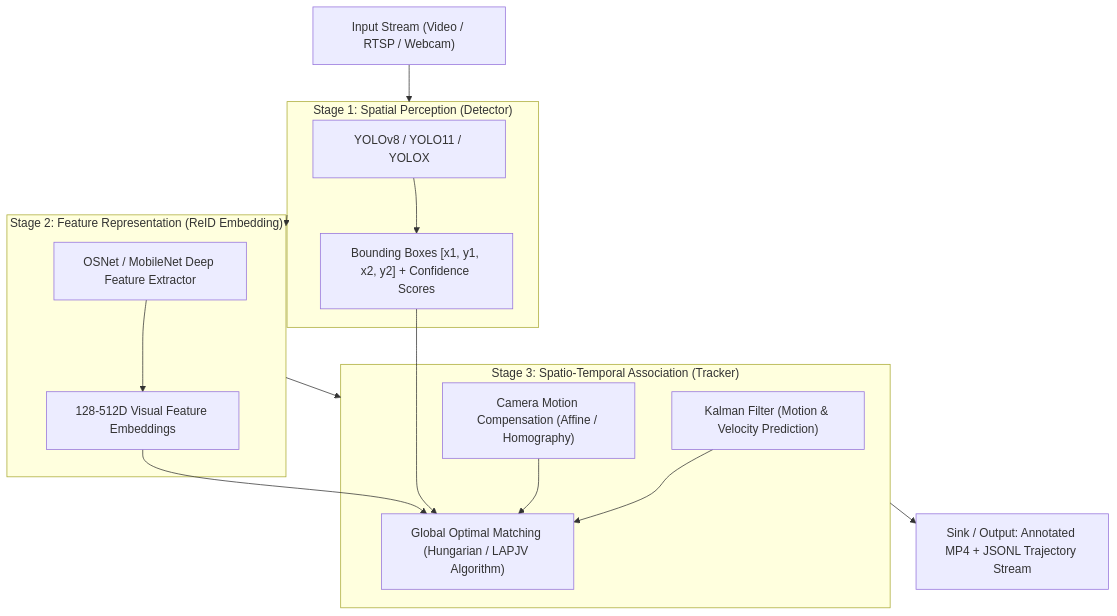
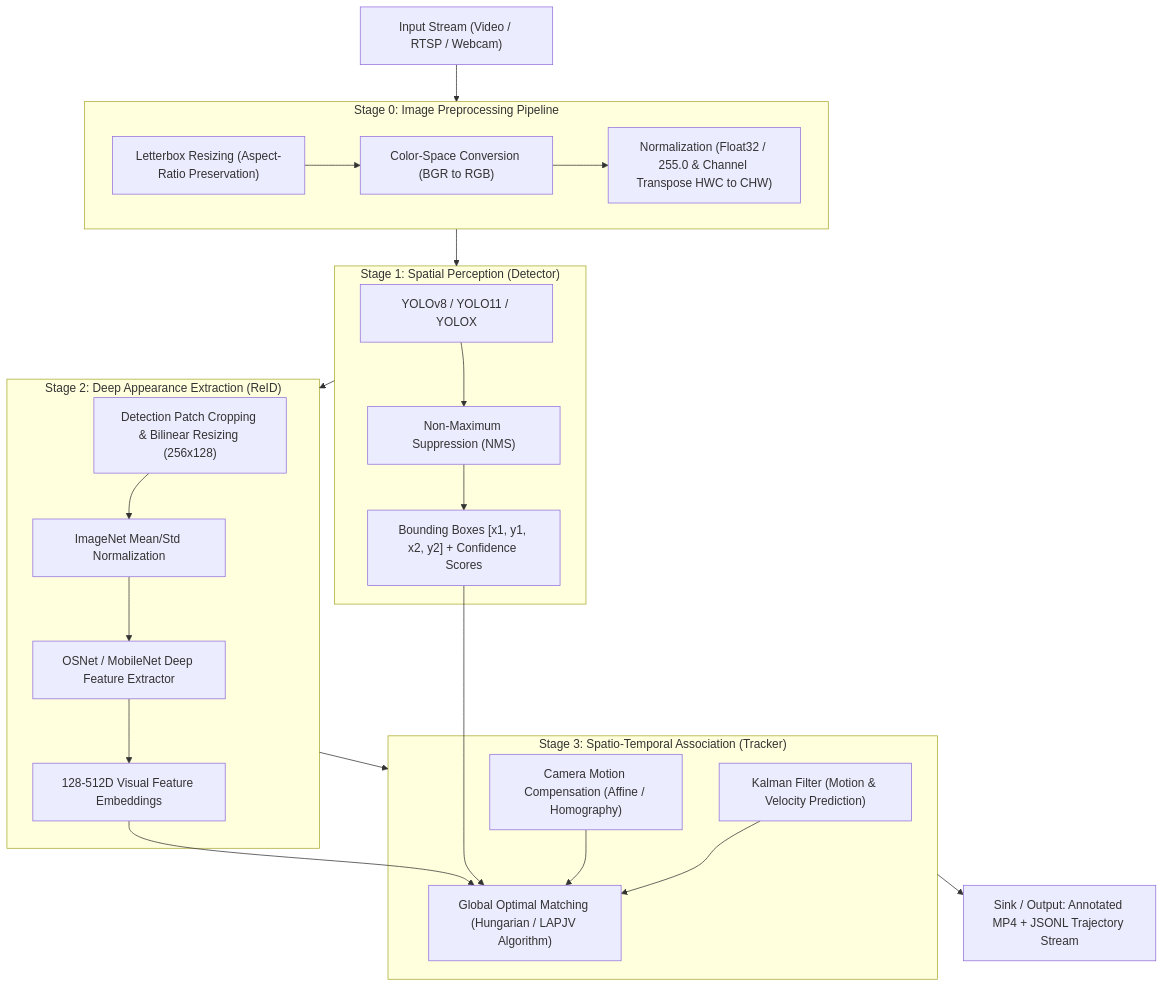
One commit to syedaakifzain/altairs changed the diagram in README.md. Above: the diagram before and after it, drawn with Mermaid. The commit also changed other lines of this file and 1 other file, not shown here.

````diff
--- a/README.md
+++ b/README.md
@@ -11,28 +11,40 @@
 ```mermaid
 flowchart TD
-    Video["Input Stream (Video / RTSP / Webcam)"] --> S1
+    Video["Input Stream (Video / RTSP / Webcam)"] --> P0
+    
+    subgraph P0["Stage 0: Image Preprocessing Pipeline"]
+        Letterbox["Letterbox Resizing (Aspect-Ratio Preservation)"]
+        Colorspace["Color-Space Conversion (BGR to RGB)"]
+        Norm["Normalization (Float32 / 255.0 & Channel Transpose HWC to CHW)"]
+        Letterbox --> Colorspace --> Norm
+    end
+    
+    P0 --> S1
     
     subgraph S1["Stage 1: Spatial Perception (Detector)"]
         YOLO["YOLOv8 / YOLO11 / YOLOX"]
-        YOLO --> BBOX["Bounding Boxes [x1, y1, x2, y2] + Confidence Scores"]
+        NMS["Non-Maximum Suppression (NMS)"]
+        YOLO --> NMS --> BBOX["Bounding Boxes [x1, y1, x2, y2] + Confidence Scores"]
     end
     
     S1 --> S2
     
-    subgraph S2["Stage 2: Feature Representation (ReID Embedding)"]
+    subgraph S2["Stage 2: Deep Appearance Extraction (ReID)"]
+        Crop["Detection Patch Cropping & Bilinear Resizing (256x128)"]
+        Standardize["ImageNet Mean/Std Normalization"]
         OSNET["OSNet / MobileNet Deep Feature Extractor"]
-        OSNET --> EMB["128-512D Visual Feature Embeddings"]
+        Crop --> Standardize --> OSNET --> EMB["128-512D Visual Feature Embeddings"]
     end
     
     S2 --> S3
     
     subgraph S3["Stage 3: Spatio-Temporal Association (Tracker)"]
         KF["Kalman Filter (Motion & Velocity Prediction)"]
         CMC["Camera Motion Compensation (Affine / Homography)"]
         HUNG["Global Optimal Matching (Hungarian / LAPJV Algorithm)"]
         KF & CMC --> HUNG
         BBOX & EMB --> HUNG
     end
     
     S3 --> Out["Sink / Output: Annotated MP4 + JSONL Trajectory Stream"]
 ```
````
